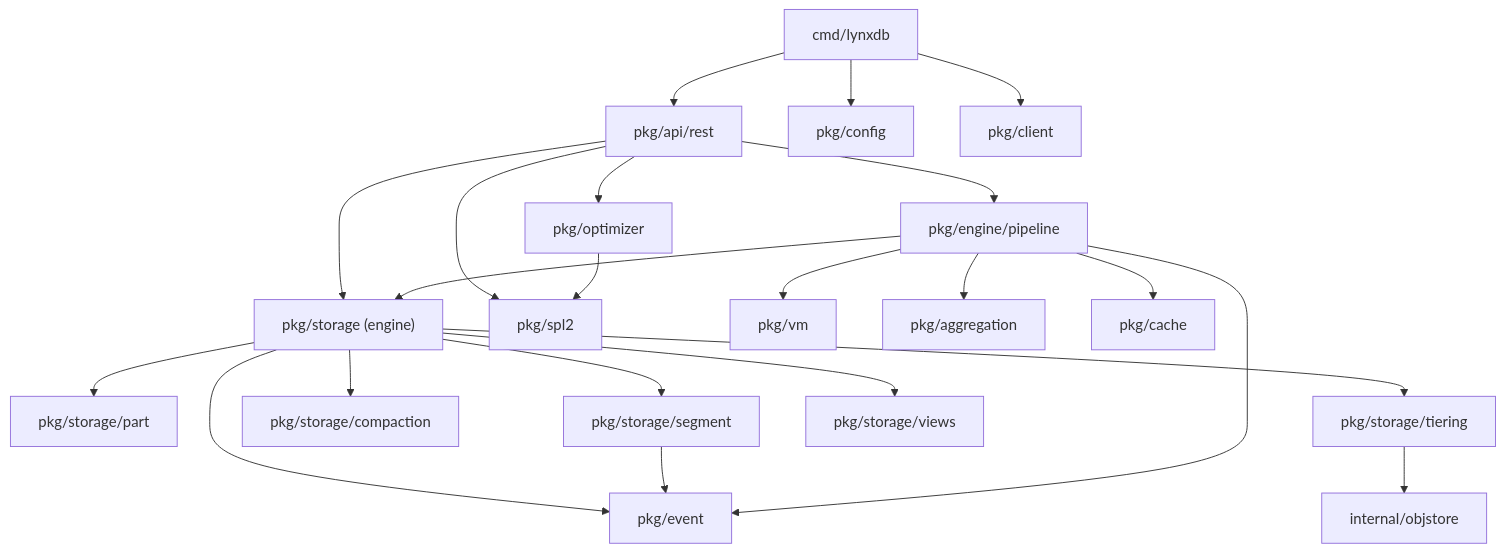
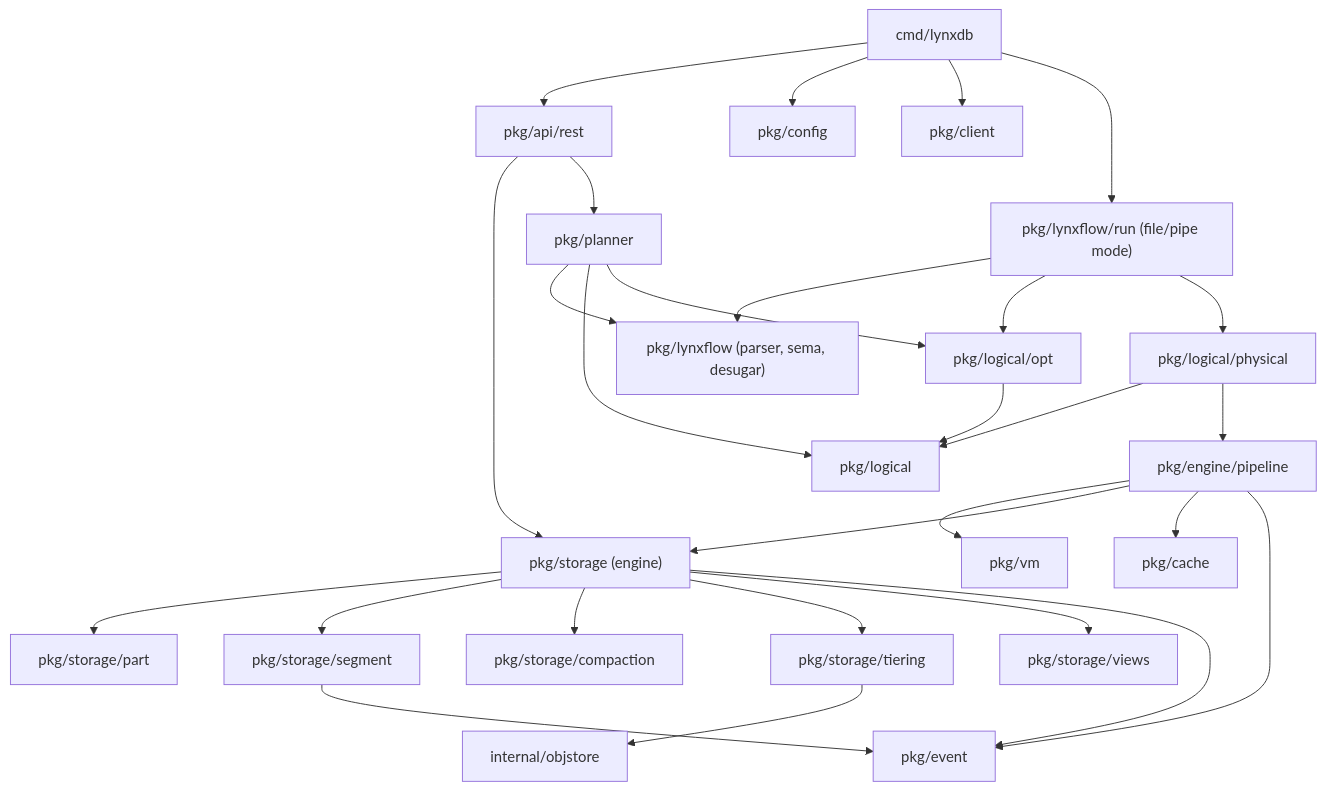
Before and after one commit to CrazyForks/lynxdb: the diagram in docs/site/docs/contributing/project-structure.md, drawn with Mermaid. The commit also changed other lines of this file and 66 other files, not shown here.

````diff
--- a/docs/site/docs/contributing/project-structure.md
+++ b/docs/site/docs/contributing/project-structure.md
@@ -251,30 +282,38 @@
 ```mermaid
 flowchart TD
     CMD["cmd/lynxdb"] --> API["pkg/api/rest"]
     CMD --> CONFIG["pkg/config"]
     CMD --> CLIENT["pkg/client"]
+    CMD --> RUN["pkg/lynxflow/run (file/pipe mode)"]
 
     API --> ENGINE["pkg/storage (engine)"]
-    API --> SPL2["pkg/spl2"]
-    API --> PIPELINE["pkg/engine/pipeline"]
-    API --> OPTIMIZER["pkg/optimizer"]
+    API --> PLANNER["pkg/planner"]
+
+    PLANNER --> LYNXFLOW["pkg/lynxflow (parser, sema, desugar)"]
+    PLANNER --> LOGICAL["pkg/logical"]
+    PLANNER --> OPT["pkg/logical/opt"]
+
+    RUN --> LYNXFLOW
+    RUN --> OPT
+    RUN --> PHYSICAL["pkg/logical/physical"]
+
+    OPT --> LOGICAL
+    PHYSICAL --> LOGICAL
+    PHYSICAL --> PIPELINE["pkg/engine/pipeline"]
 
     PIPELINE --> VM["pkg/vm"]
     PIPELINE --> ENGINE
-    PIPELINE --> AGG["pkg/aggregation"]
     PIPELINE --> CACHE["pkg/cache"]
-
-    OPTIMIZER --> SPL2
 
     ENGINE --> PART["pkg/storage/part"]
     ENGINE --> SEGMENT["pkg/storage/segment"]
     ENGINE --> COMPACTION["pkg/storage/compaction"]
     ENGINE --> TIERING["pkg/storage/tiering"]
     ENGINE --> VIEWS["pkg/storage/views"]
 
     TIERING --> OBJSTORE["internal/objstore"]
 
     ENGINE --> EVENT["pkg/event"]
     SEGMENT --> EVENT
     PIPELINE --> EVENT
 ```
````
